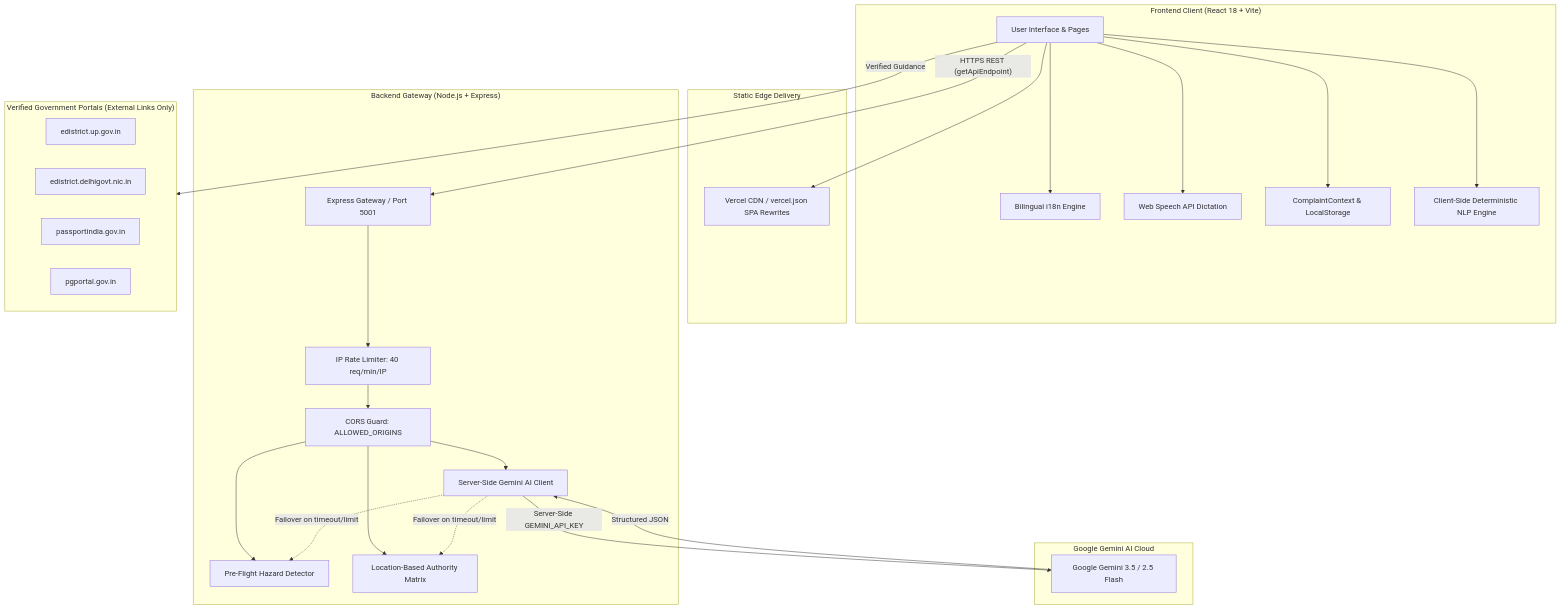
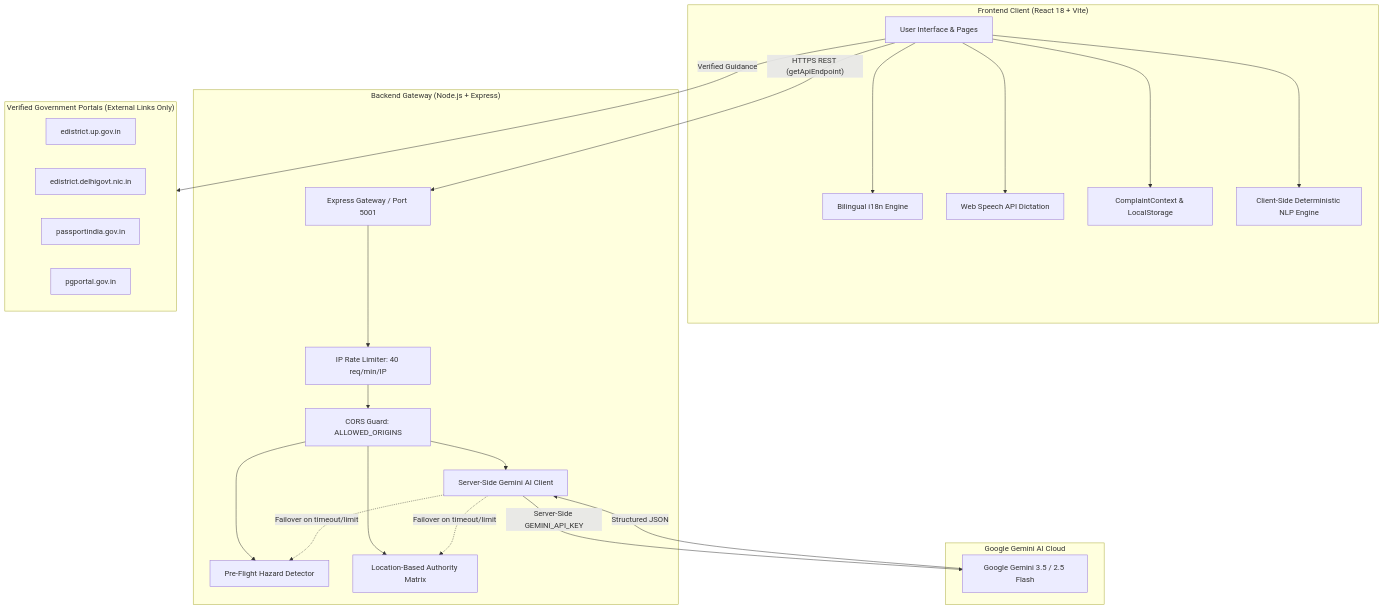
Before and after one commit to Nikhil-beep25/NagrikSetu: the diagram in README.md, drawn with Mermaid. The commit also changed other lines of this file, not shown here.

````diff
--- a/README.md
+++ b/README.md
@@ -139,55 +175,50 @@
 ```mermaid
 graph TD
     subgraph Client ["Frontend Client (React 18 + Vite)"]
         UI[User Interface & Pages]
         I18N[Bilingual i18n Engine]
         Speech[Web Speech API Dictation]
         State[ComplaintContext & LocalStorage]
         FallbackNLP[Client-Side Deterministic NLP Engine]
-    end
-
-    subgraph CDN ["Static Edge Delivery"]
-        Vercel[Vercel CDN / vercel.json SPA Rewrites]
     end
 
     subgraph Backend ["Backend Gateway (Node.js + Express)"]
         GW[Express Gateway / Port 5001]
         RateLimit[IP Rate Limiter: 40 req/min/IP]
         CORS[CORS Guard: ALLOWED_ORIGINS]
         SafetyEngine[Pre-Flight Hazard Detector]
         AuthorityEngine[Location-Based Authority Matrix]
         GeminiBridge[Server-Side Gemini AI Client]
     end
 
     subgraph AICloud ["Google Gemini AI Cloud"]
         GeminiFlash[Google Gemini 3.5 / 2.5 Flash]
     end
 
     subgraph GovPortals ["Verified Government Portals (External Links Only)"]
         UPeDistrict[edistrict.up.gov.in]
         DelhieDistrict[edistrict.delhigovt.nic.in]
         Passport[passportindia.gov.in]
         CPGRAMS[pgportal.gov.in]
     end
 
-    UI --> Vercel
     UI --> State
     UI --> Speech
     UI --> FallbackNLP
     UI --> I18N
 
     UI -- "HTTPS REST (getApiEndpoint)" --> GW
     GW --> RateLimit
     RateLimit --> CORS
     CORS --> SafetyEngine
     CORS --> AuthorityEngine
     CORS --> GeminiBridge
 
     GeminiBridge -- "Server-Side GEMINI_API_KEY" --> GeminiFlash
     GeminiFlash -- "Structured JSON" --> GeminiBridge
 
     GeminiBridge -. "Failover on timeout/limit" .-> SafetyEngine
     GeminiBridge -. "Failover on timeout/limit" .-> AuthorityEngine
 
     UI -- "Verified Guidance" --> GovPortals
 ```
````
